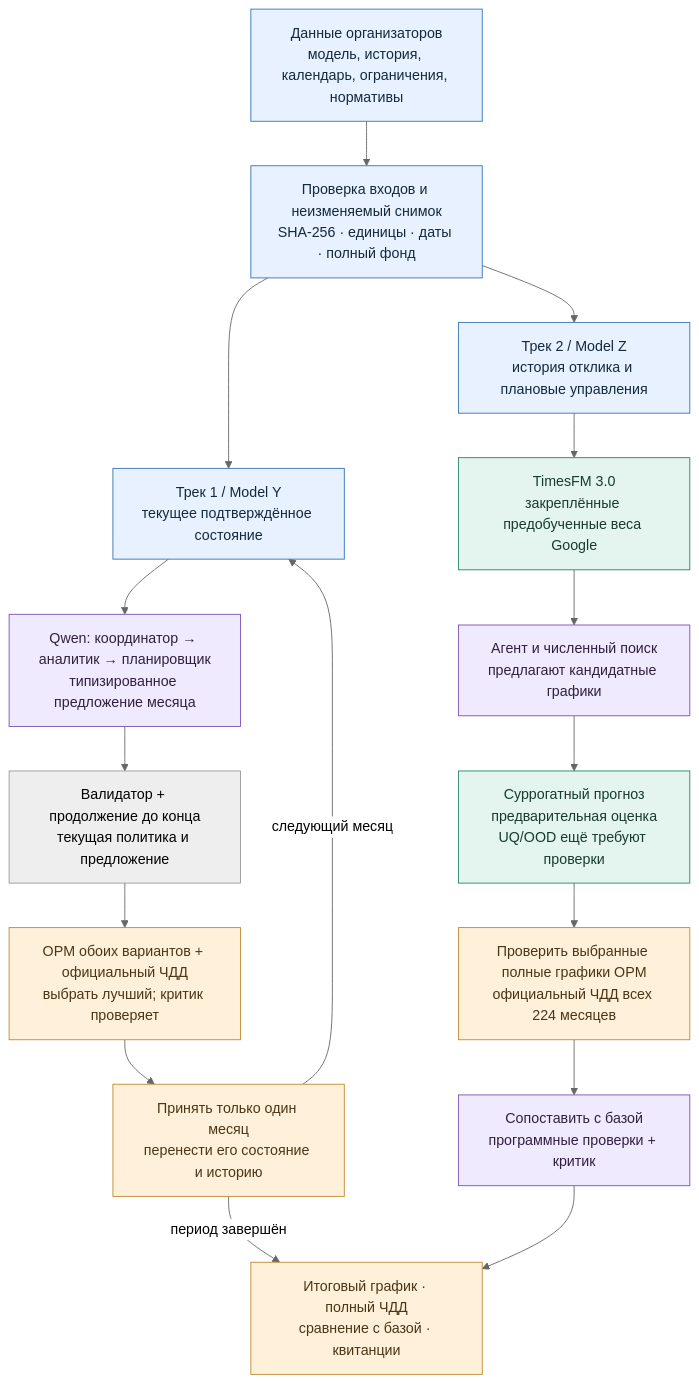
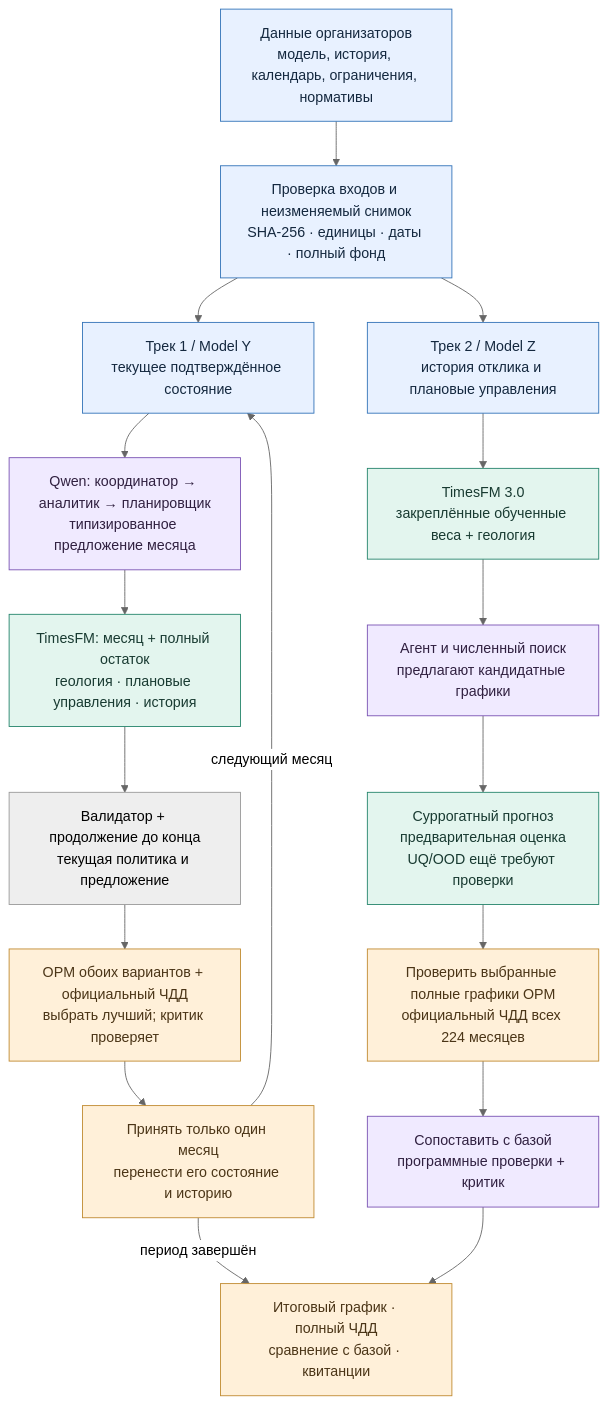
One commit to DarkPrinceWarrior/TimesOil changed the first of 6 diagrams in docs/ALGORITHM_TRACKS_1_2.md. Above: the diagram before and after it, drawn with Mermaid (neutral theme). The commit also changed other lines of this file, not shown here.

````diff
--- a/docs/ALGORITHM_TRACKS_1_2.md
+++ b/docs/ALGORITHM_TRACKS_1_2.md
@@ -50,26 +53,27 @@
 ```mermaid
 flowchart TB
     D["Данные организаторов<br/>модель, история, календарь, ограничения, нормативы"] --> V["Проверка входов и неизменяемый снимок<br/>SHA-256 · единицы · даты · полный фонд"]
     V --> Y["Трек 1 / Model Y<br/>текущее подтверждённое состояние"]
     V --> Z["Трек 2 / Model Z<br/>история отклика и плановые управления"]
     Y --> A["Qwen: координатор → аналитик → планировщик<br/>типизированное предложение месяца"]
-    A --> P["Валидатор + продолжение до конца<br/>текущая политика и предложение"]
+    A --> F1["TimesFM: месяц + полный остаток<br/>геология · плановые управления · история"]
+    F1 --> P["Валидатор + продолжение до конца<br/>текущая политика и предложение"]
     P --> G1["OPM обоих вариантов + официальный ЧДД<br/>выбрать лучший; критик проверяет"]
     G1 --> C["Принять только один месяц<br/>перенести его состояние и историю"]
     C -->|"следующий месяц"| Y
     C -->|"период завершён"| OUT["Итоговый график · полный ЧДД<br/>сравнение с базой · квитанции"]
-    Z --> S["TimesFM 3.0<br/>закреплённые предобученные веса Google"]
+    Z --> S["TimesFM 3.0<br/>закреплённые обученные веса + геология"]
     S --> Q["Агент и численный поиск<br/>предлагают кандидатные графики"]
     Q --> R["Суррогатный прогноз<br/>предварительная оценка<br/>UQ/OOD ещё требуют проверки"]
     R --> G2["Проверить выбранные полные графики OPM<br/>официальный ЧДД всех 224 месяцев"]
     G2 --> K["Сопоставить с базой<br/>программные проверки + критик"]
     K --> OUT
     classDef data fill:#e8f1ff,stroke:#3273b8,color:#14283f;
     classDef agent fill:#f0eaff,stroke:#7952b3,color:#302040;
     classDef model fill:#e3f5ee,stroke:#24846b,color:#183a31;
     classDef proof fill:#fff0d9,stroke:#c08a30,color:#4b3517;
     class D,V,Y,Z data;
     class A,Q,K agent;
-    class S,R model;
+    class S,R,F1 model;
     class G1,G2,C,OUT proof;
 ```
````
